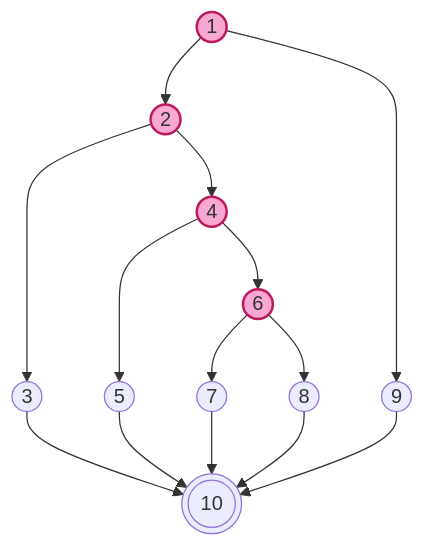
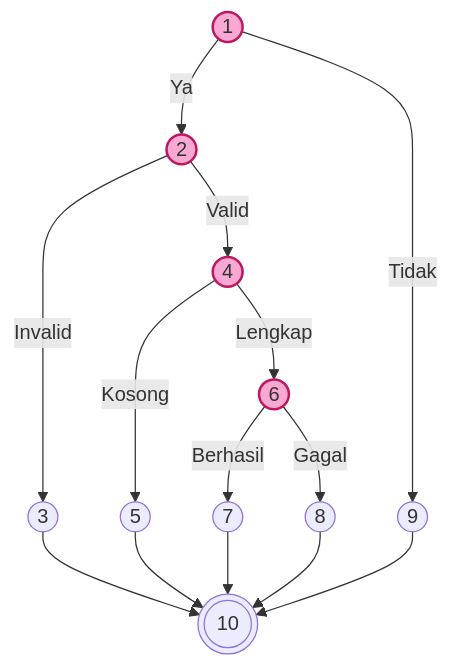
One commit to arbain-dev/Web_fikom changed the fourth of 6 diagrams in docs/07_PENGUJIAN_WHITE_BOX.md. Above: the diagram before and after it, drawn with Mermaid. The commit also changed other lines of this file, not shown here.

Commit message:
Add labels to Flowgraph arrows for better clarity

````diff
--- a/docs/07_PENGUJIAN_WHITE_BOX.md
+++ b/docs/07_PENGUJIAN_WHITE_BOX.md
@@ -134,13 +134,13 @@
 ```mermaid
 graph TD
     classDef predicate fill:#f9a8d4,stroke:#be185d,stroke-width:2px;
-    1((1)):::predicate --> 2((2)):::predicate
-    1 --> 9((9))
-    2 --> 3((3))
-    2 --> 4((4)):::predicate
-    4 --> 5((5))
-    4 --> 6((6)):::predicate
-    6 --> 7((7))
-    6 --> 8((8))
+    1((1)):::predicate -->|Ya| 2((2)):::predicate
+    1 -->|Tidak| 9((9))
+    2 -->|Invalid| 3((3))
+    2 -->|Valid| 4((4)):::predicate
+    4 -->|Kosong| 5((5))
+    4 -->|Lengkap| 6((6)):::predicate
+    6 -->|Berhasil| 7((7))
+    6 -->|Gagal| 8((8))
     3 & 5 & 7 & 8 & 9 --> 10(((10)))
 ```
````
